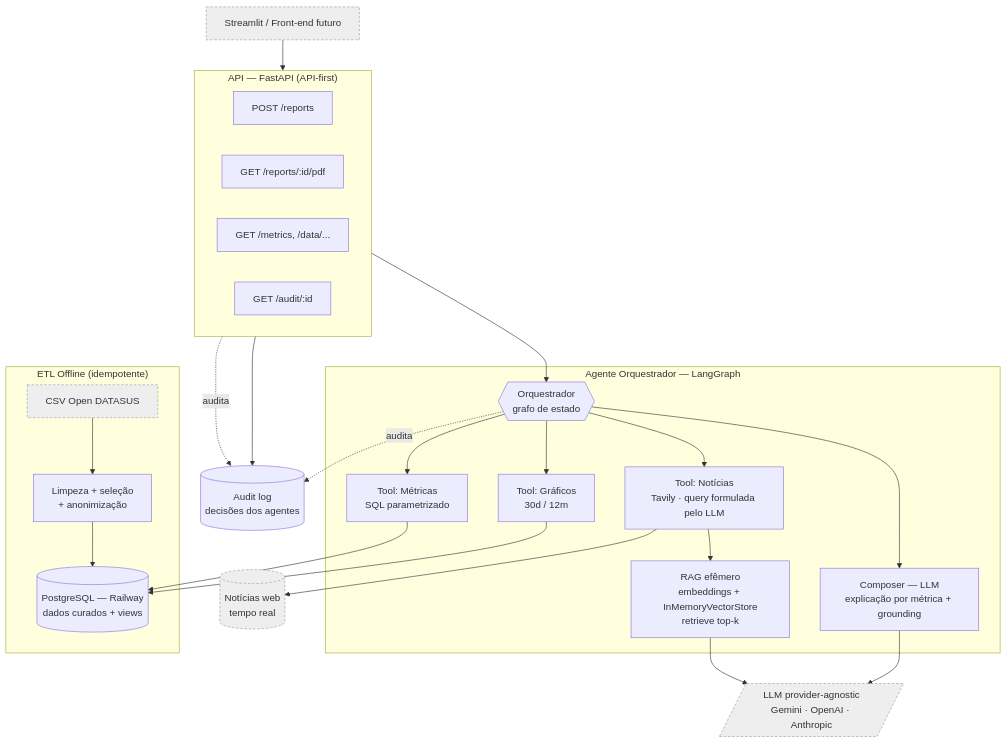
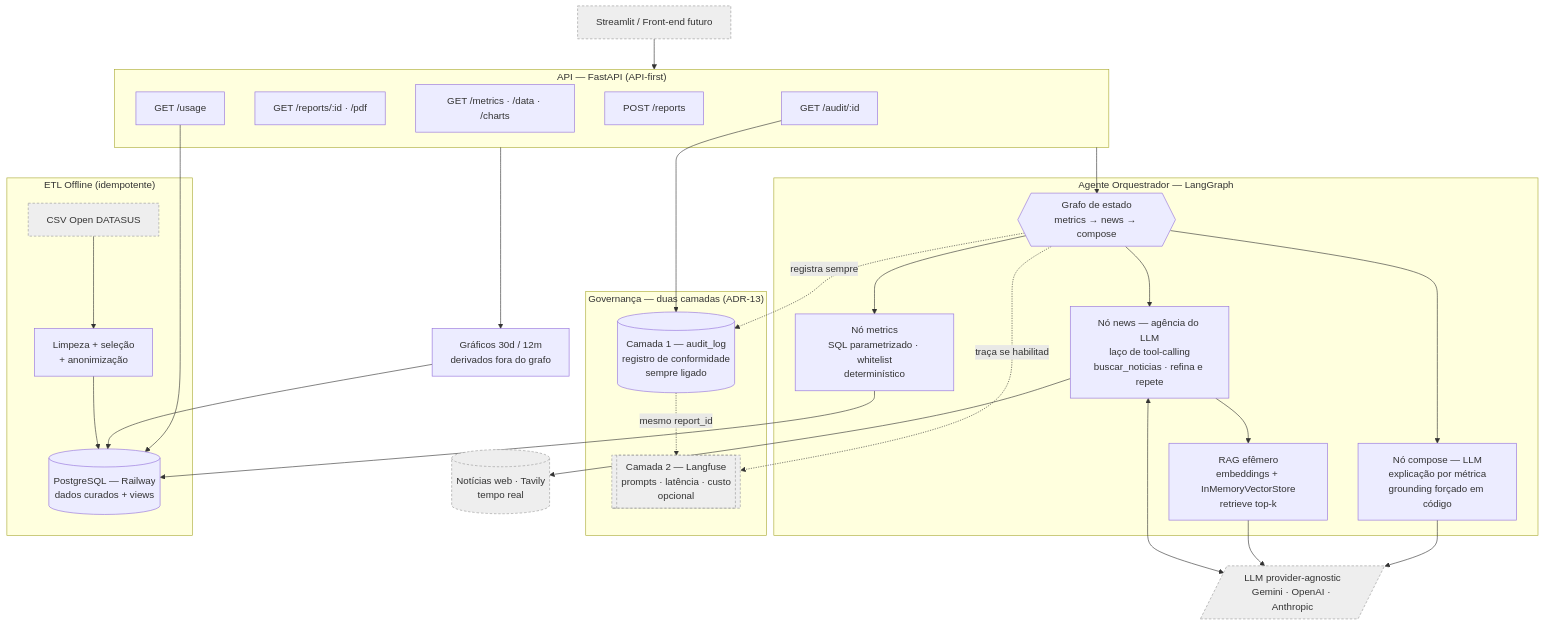
One commit to FilipePaco/HealthCareAI changed the diagram in docs/architecture/architecture.md. Above: the diagram before and after it, drawn with Mermaid. The commit also changed other lines of this file and 2 other files, not shown here.

First paragraph of the commit message:
docs: README completo e diagrama de arquitetura atualizado
README reescrito para ser correto e navegável, não só uma lista de features.

````diff
--- a/docs/architecture/architecture.md
+++ b/docs/architecture/architecture.md
@@ -6,42 +6,51 @@
 ```mermaid
 flowchart TB
     UI[Streamlit / Front-end futuro]:::ext
 
     subgraph API["API — FastAPI (API-first)"]
         R1[POST /reports]
-        R2[GET /reports/:id/pdf]
-        R3[GET /metrics, /data/...]
+        R2[GET /reports/:id · /pdf]
+        R3[GET /metrics · /data · /charts]
         R4[GET /audit/:id]
+        R5[GET /usage]
     end
 
     subgraph AGENT["Agente Orquestrador — LangGraph"]
-        ORCH{{Orquestrador<br/>grafo de estado}}
-        T1[Tool: Métricas<br/>SQL parametrizado]
-        T2[Tool: Gráficos<br/>30d / 12m]
-        T3[Tool: Notícias<br/>Tavily · query formulada pelo LLM]
+        ORCH{{Grafo de estado<br/>metrics → news → compose}}
+        T1[Nó metrics<br/>SQL parametrizado · whitelist<br/>determinístico]
+        T3[Nó news — agência do LLM<br/>laço de tool-calling<br/>buscar_noticias · refina e repete]
         RAG[RAG efêmero<br/>embeddings + InMemoryVectorStore<br/>retrieve top-k]
-        T4[Composer — LLM<br/>explicação por métrica + grounding]
+        T4[Nó compose — LLM<br/>explicação por métrica<br/>grounding forçado em código]
     end
+
+    T2[Gráficos 30d / 12m<br/>derivados fora do grafo]
 
     LLM[/LLM provider-agnostic<br/>Gemini · OpenAI · Anthropic/]:::ext
     DB[(PostgreSQL — Railway<br/>dados curados + views)]
-    NEWS[(Notícias web<br/>tempo real)]:::ext
-    AUDIT[(Audit log<br/>decisões dos agentes)]
+    NEWS[(Notícias web · Tavily<br/>tempo real)]:::ext
+
+    subgraph GOV["Governança — duas camadas (ADR-13)"]
+        AUDIT[(Camada 1 — audit_log<br/>registro de conformidade<br/>sempre ligado)]
+        TRACE[[Camada 2 — Langfuse<br/>prompts · latência · custo<br/>opcional]]:::ext
+    end
 
     subgraph ETL["ETL Offline (idempotente)"]
         CSV[CSV Open DATASUS]:::ext --> CLN[Limpeza + seleção<br/>+ anonimização] --> DB
     end
 
     UI --> API
     API --> ORCH
+    API --> T2 --> DB
     ORCH --> T1 --> DB
-    ORCH --> T2 --> DB
     ORCH --> T3 --> NEWS
+    T3 <--> LLM
     T3 --> RAG --> LLM
     ORCH --> T4 --> LLM
-    API -.audita.-> AUDIT
-    ORCH -.audita.-> AUDIT
-    API --> AUDIT
+    ORCH -.registra sempre.-> AUDIT
+    ORCH -.traça se habilitado.-> TRACE
+    AUDIT -.mesmo report_id.-> TRACE
+    R4 --> AUDIT
+    R5 --> DB
 
     classDef ext fill:#eee,stroke:#999,stroke-dasharray:4 3;
 ```
````
